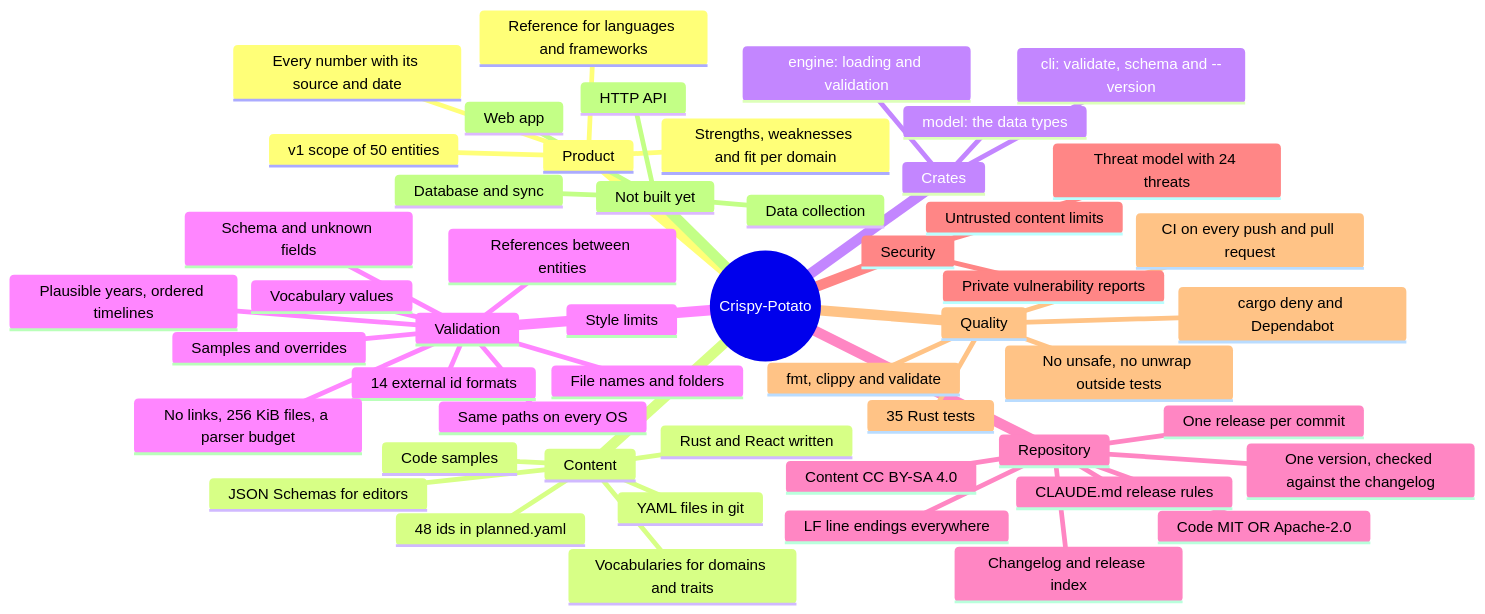
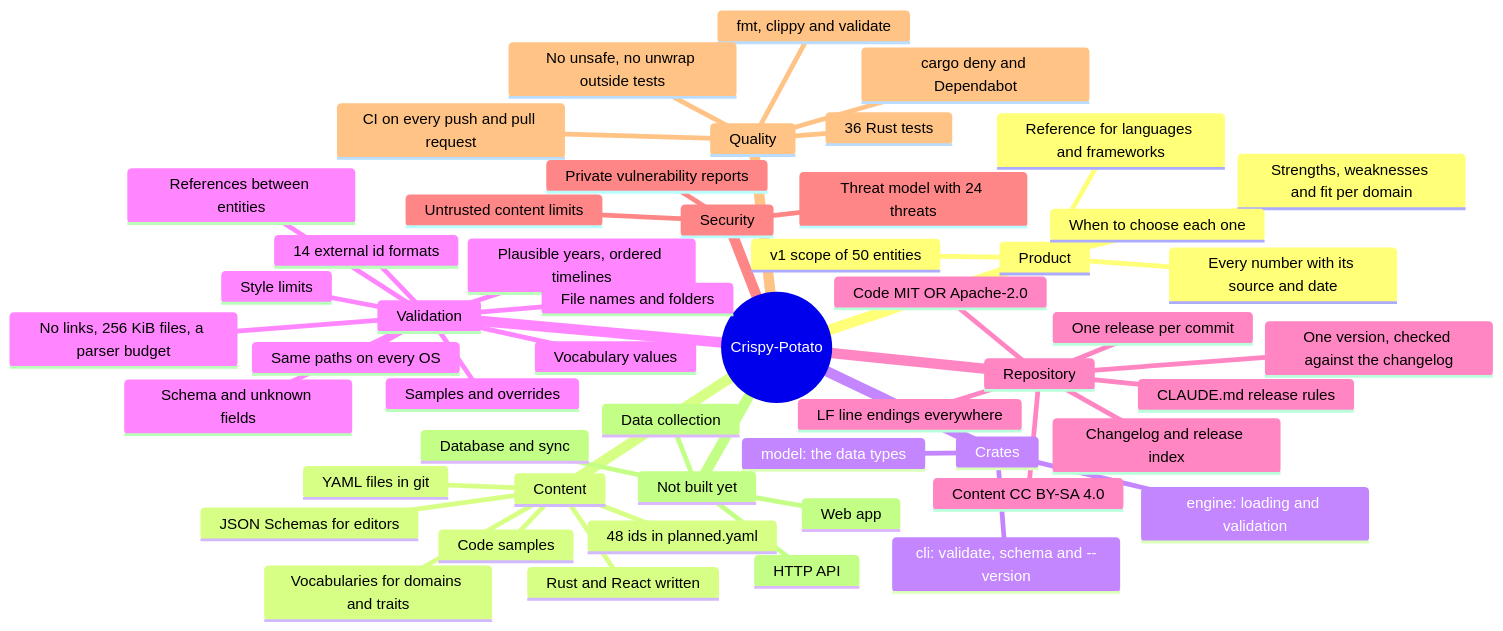
One commit to winksen/Crispy-Potato changed the first of 2 diagrams in docs/MINDMAP.md. Above: the diagram before and after it, drawn with Mermaid. The commit also changed other lines of this file and 13 other files, not shown here.

````diff
--- a/docs/MINDMAP.md
+++ b/docs/MINDMAP.md
@@ -11,54 +11,55 @@
 ```mermaid
 mindmap
   root((Crispy-Potato))
     Product
       Reference for languages and frameworks
       Strengths, weaknesses and fit per domain
+      When to choose each one
       Every number with its source and date
       v1 scope of 50 entities
     Content
       YAML files in git
       JSON Schemas for editors
       Rust and React written
       48 ids in planned.yaml
       Vocabularies for domains and traits
       Code samples
     Crates
       model: the data types
       engine: loading and validation
       cli: validate, schema and --version
     Validation
       Schema and unknown fields
       14 external id formats
       Plausible years, ordered timelines
       File names and folders
       Vocabulary values
       References between entities
       Style limits
       Samples and overrides
       Same paths on every OS
       No links, 256 KiB files, a parser budget
     Repository
       Code MIT OR Apache-2.0
       Content CC BY-SA 4.0
       One release per commit
       One version, checked against the changelog
       Changelog and release index
       CLAUDE.md release rules
       LF line endings everywhere
     Security
       Threat model with 24 threats
       Untrusted content limits
       Private vulnerability reports
     Quality
-      35 Rust tests
+      36 Rust tests
       fmt, clippy and validate
       No unsafe, no unwrap outside tests
       CI on every push and pull request
       cargo deny and Dependabot
     Not built yet
       Database and sync
       Data collection
       HTTP API
       Web app
 ```
````
